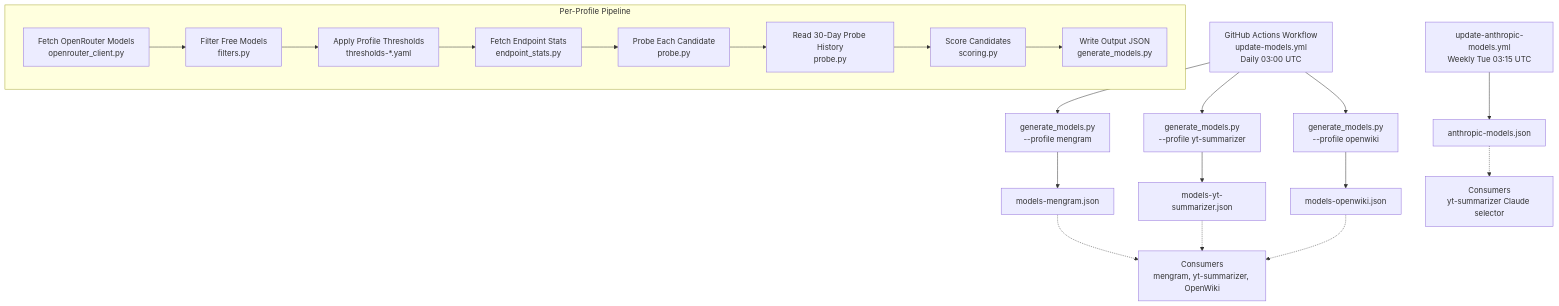
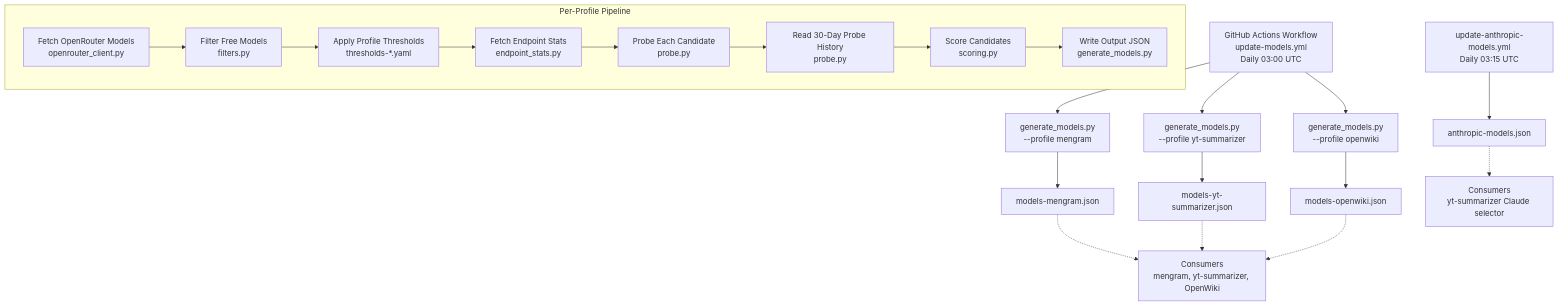
The first of 3 diagrams in openwiki/architecture/overview.md (smoochy/openrouter-model-list), drawn with Mermaid before and after one commit. The commit also changed other lines of this file and 23 other files, not shown here.

````diff
--- a/openwiki/architecture/overview.md
+++ b/openwiki/architecture/overview.md
@@ -32,43 +32,43 @@
 ```mermaid
 flowchart TD
     A[GitHub Actions Workflow
 update-models.yml
 Daily 03:00 UTC] --> B[generate_models.py
 --profile mengram]
     A --> C[generate_models.py
 --profile yt-summarizer]
     A --> D[generate_models.py
 --profile openwiki]
 
     B --> F[models-mengram.json]
     C --> G[models-yt-summarizer.json]
     D --> H[models-openwiki.json]
 
     E[update-anthropic-models.yml
-Weekly Tue 03:15 UTC] --> I[anthropic-models.json]
+Daily 03:15 UTC] --> I[anthropic-models.json]
 
     subgraph Pipeline[Per-Profile Pipeline]
         B1[Fetch OpenRouter Models
 openrouter_client.py] --> B2[Filter Free Models
 filters.py]
         B2 --> B3[Apply Profile Thresholds
 thresholds-*.yaml]
         B3 --> B4[Fetch Endpoint Stats
 endpoint_stats.py]
         B4 --> B5[Probe Each Candidate
 probe.py]
         B5 --> B6[Read 30-Day Probe History
 probe.py]
         B6 --> B7[Score Candidates
 scoring.py]
         B7 --> B8[Write Output JSON
 generate_models.py]
     end
 
     F -.-> J[Consumers
 mengram, yt-summarizer, OpenWiki]
     G -.-> J
     H -.-> J
     I -.-> K[Consumers
 yt-summarizer Claude selector]
 ```
````
